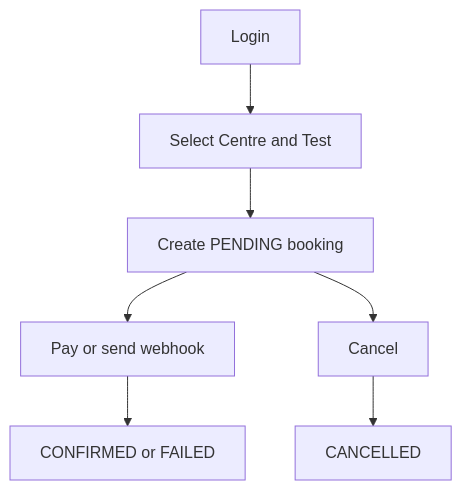
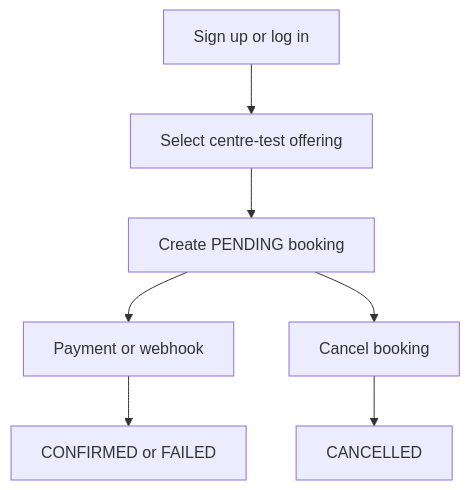
Before and after one commit to jollyhub8278/EVE_sde_assignment: the diagram in README.md, drawn with Mermaid. The commit also changed other lines of this file, not shown here.

````diff
--- a/README.md
+++ b/README.md
@@ -22,9 +48,9 @@
 ```mermaid
 flowchart TD
-    A["Login"] --> T["Select Centre and Test"]
-    T --> B["Create PENDING booking"]
-    B --> C["Pay or send webhook"]
-    C --> D["CONFIRMED or FAILED"]
-    B --> E["Cancel"]
-    E --> F["CANCELLED"]
+    A["Sign up or log in"] --> B["Select centre-test offering"]
+    B --> C["Create PENDING booking"]
+    C --> D["Payment or webhook"]
+    D --> E["CONFIRMED or FAILED"]
+    C --> F["Cancel booking"]
+    F --> G["CANCELLED"]
 ```
````
